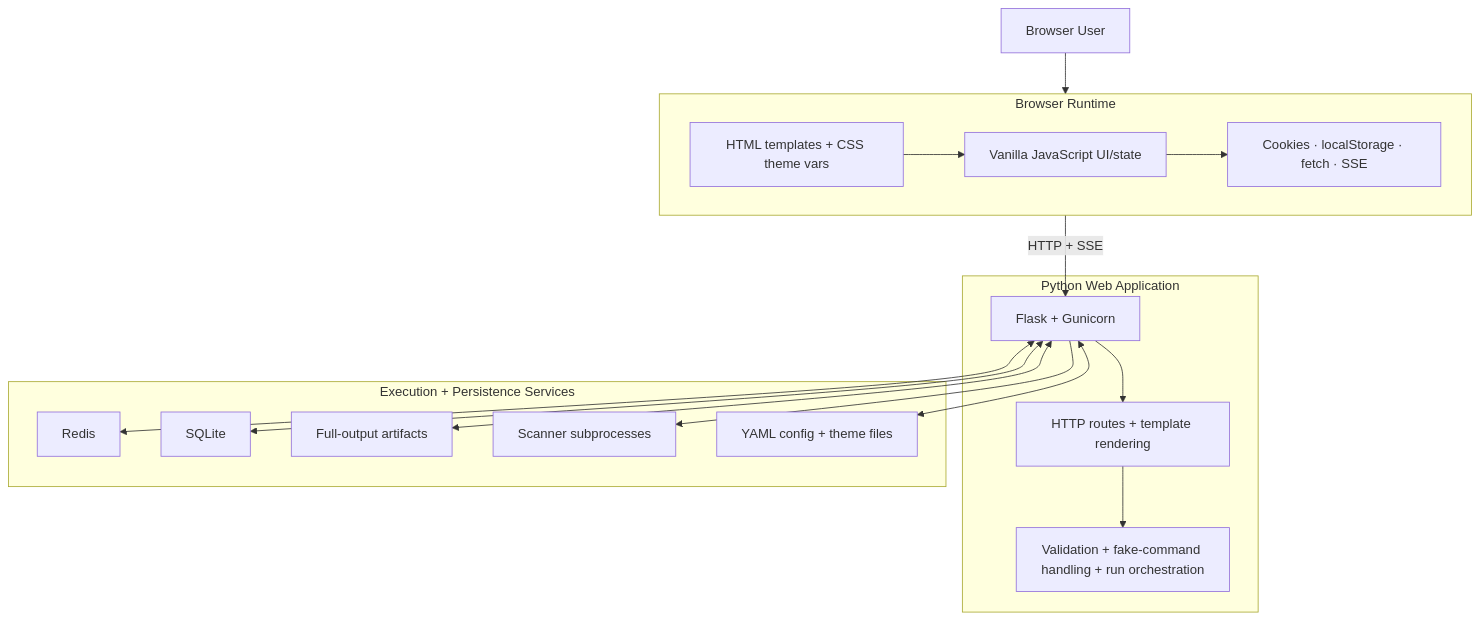
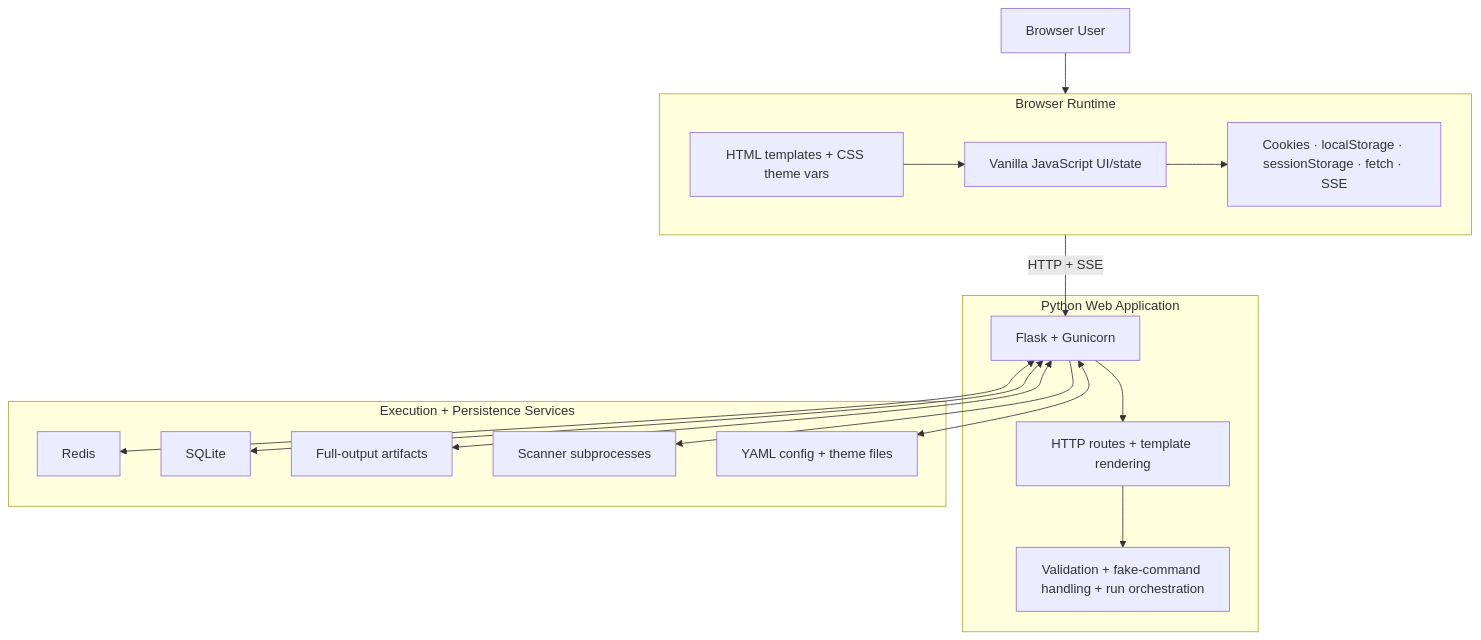
One commit to darklab-sh/darklab-shell changed the first of 6 diagrams in ARCHITECTURE.md. Above: the diagram before and after it, drawn with Mermaid. The commit also changed other lines of this file and 26 other files, not shown here.

````diff
--- a/ARCHITECTURE.md
+++ b/ARCHITECTURE.md
@@ -40,36 +40,36 @@
 ```mermaid
 flowchart TB
   User["Browser User"]
 
   subgraph Client["Browser Runtime"]
     Templates["HTML templates + CSS theme vars"]
     JS["Vanilla JavaScript UI/state"]
-    BrowserApis["Cookies · localStorage · fetch · SSE"]
+    BrowserApis["Cookies · localStorage · sessionStorage · fetch · SSE"]
   end
 
   subgraph App["Python Web Application"]
     Flask["Flask + Gunicorn"]
     Routing["HTTP routes + template rendering"]
     Orchestration["Validation + fake-command handling + run orchestration"]
   end
 
   subgraph Runtime["Execution + Persistence Services"]
     Redis["Redis"]
     SQLite["SQLite"]
     Artifacts["Full-output artifacts"]
     Subprocesses["Scanner subprocesses"]
     Config["YAML config + theme files"]
   end
 
   User --> Client
   Client -->|HTTP + SSE| Flask
   Templates --> JS
   JS --> BrowserApis
   Flask --> Routing
   Routing --> Orchestration
   Flask <--> Redis
   Flask <--> SQLite
   Flask <--> Artifacts
   Flask --> Subprocesses
   Flask <--> Config
 ```
````
